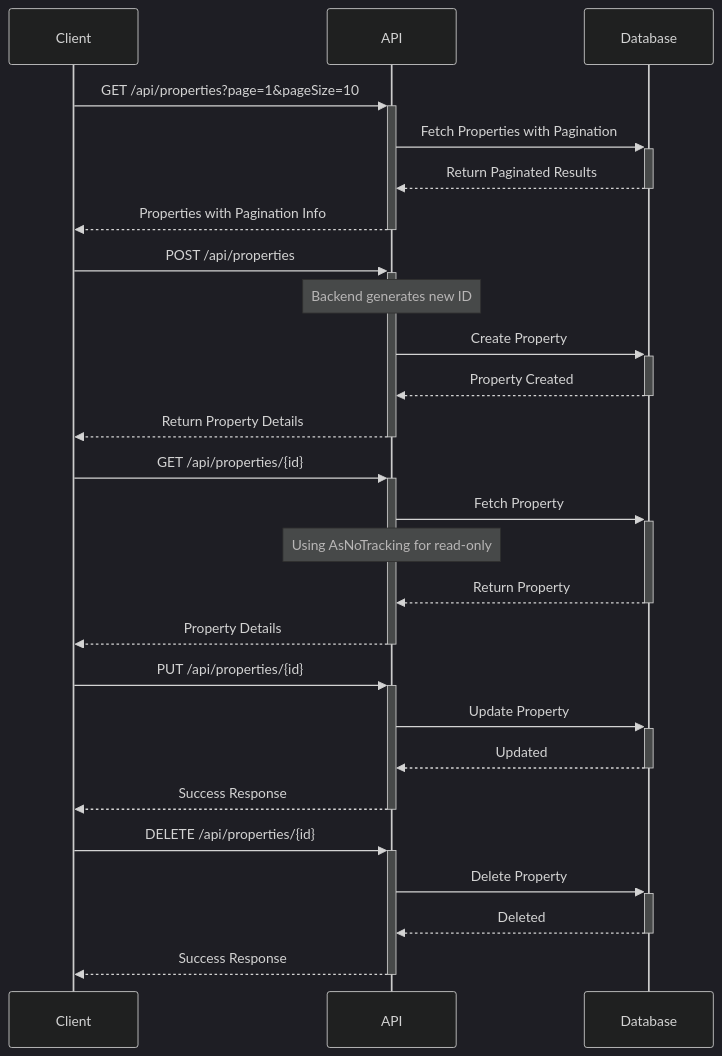
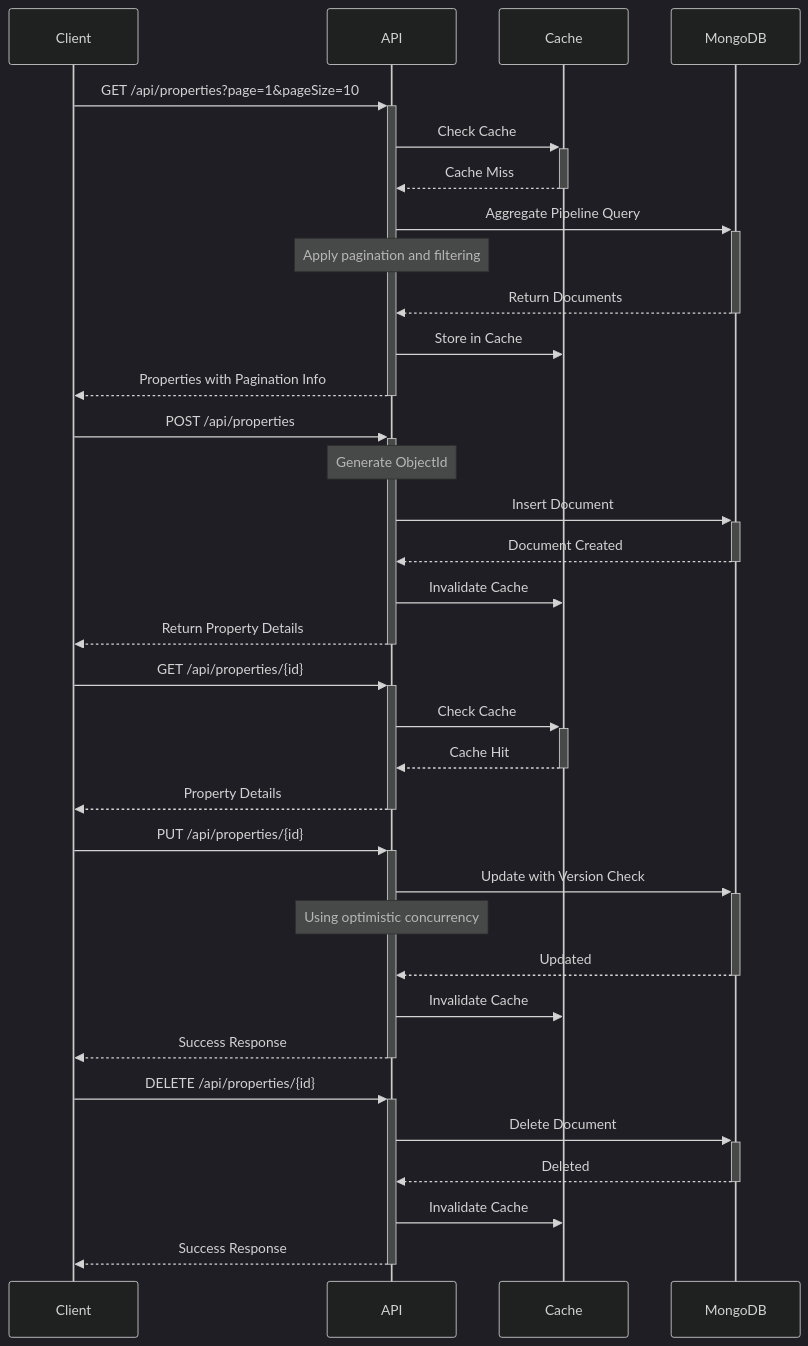
One commit to rohanmarathe567-code/RentTracker changed the sixth of 8 diagrams in README.md. Above: the diagram before and after it, drawn with Mermaid (dark theme). The commit also changed other lines of this file and 4 other files, not shown here.

````diff
--- a/README.md
+++ b/README.md
@@ -423,33 +478,41 @@
 ```mermaid
 sequenceDiagram
     participant Client
     participant API
-    participant Database
+    participant Cache
+    participant MongoDB
     
     Client->>+API: GET /api/properties?page=1&pageSize=10
-    API->>+Database: Fetch Properties with Pagination
-    Database-->>-API: Return Paginated Results
+    API->>+Cache: Check Cache
+    Cache-->>-API: Cache Miss
+    API->>+MongoDB: Aggregate Pipeline Query
+    Note over API: Apply pagination and filtering
+    MongoDB-->>-API: Return Documents
+    API->>Cache: Store in Cache
     API-->>-Client: Properties with Pagination Info
 
     Client->>+API: POST /api/properties
-    Note over API: Backend generates new ID
-    API->>+Database: Create Property
-    Database-->>-API: Property Created
+    Note over API: Generate ObjectId
+    API->>+MongoDB: Insert Document
+    MongoDB-->>-API: Document Created
+    API->>Cache: Invalidate Cache
     API-->>-Client: Return Property Details
 
     Client->>+API: GET /api/properties/{id}
-    API->>+Database: Fetch Property
-    Note over API: Using AsNoTracking for read-only
-    Database-->>-API: Return Property
+    API->>+Cache: Check Cache
+    Cache-->>-API: Cache Hit
     API-->>-Client: Property Details
-
+    
     Client->>+API: PUT /api/properties/{id}
-    API->>+Database: Update Property
-    Database-->>-API: Updated
+    API->>+MongoDB: Update with Version Check
+    Note over API: Using optimistic concurrency
+    MongoDB-->>-API: Updated
+    API->>Cache: Invalidate Cache
     API-->>-Client: Success Response
 
     Client->>+API: DELETE /api/properties/{id}
-    API->>+Database: Delete Property
-    Database-->>-API: Deleted
+    API->>+MongoDB: Delete Document
+    MongoDB-->>-API: Deleted
+    API->>Cache: Invalidate Cache
     API-->>-Client: Success Response
 ```
````
